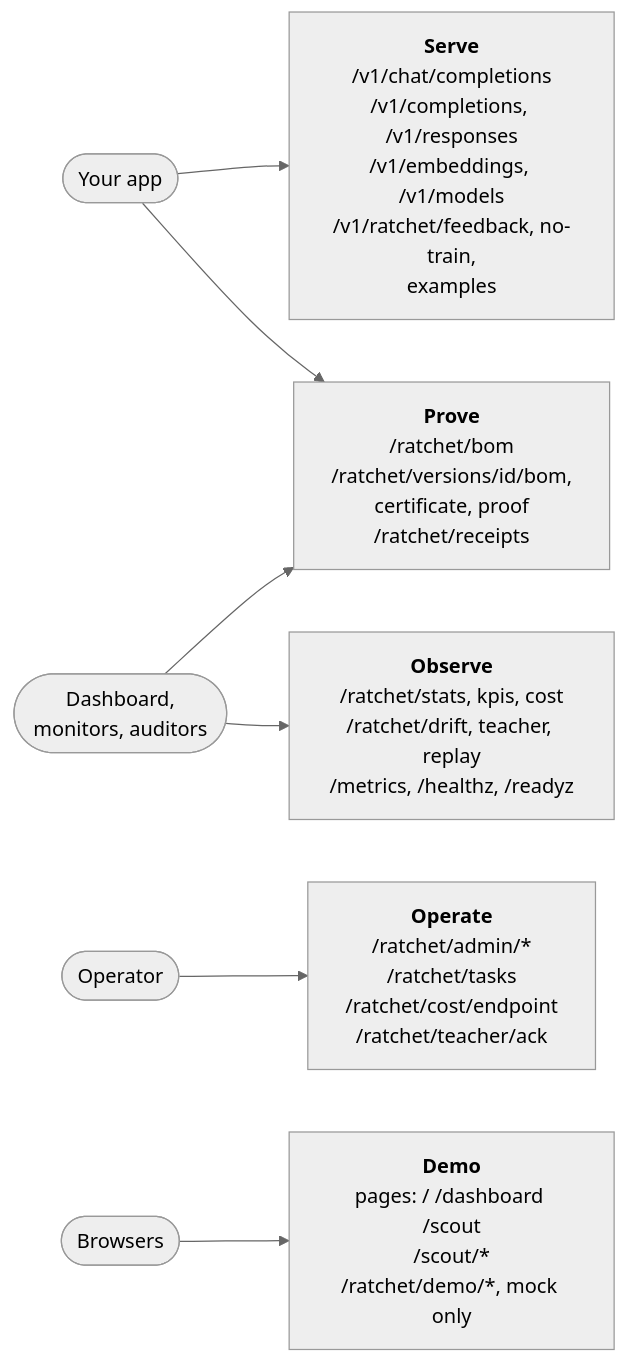
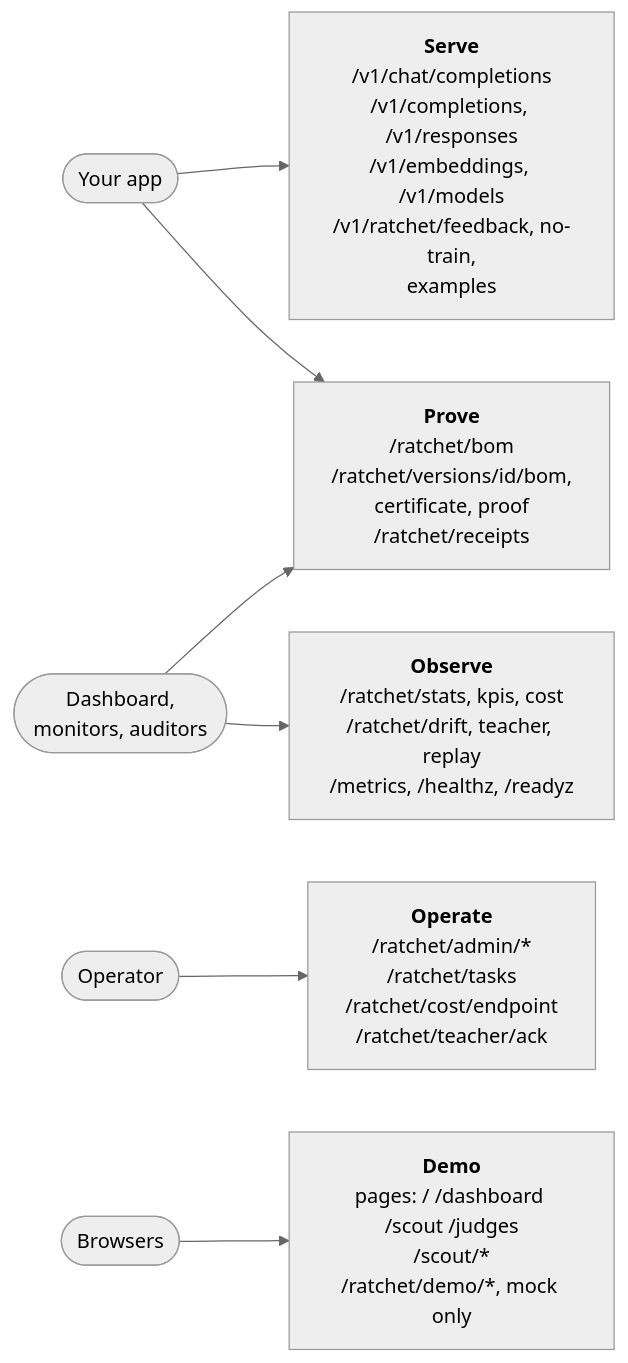
The first of 4 diagrams in docs-site/src/content/docs/api/endpoints.mdx (harshbhx/ratchet), drawn with Mermaid (neutral theme) before and after one commit. The commit also changed other lines of this file and 155 other files, not shown here.

First line of the commit message:
Fix the review findings and add the architecture diagram (#39)

````diff
--- a/docs-site/src/content/docs/api/endpoints.mdx
+++ b/docs-site/src/content/docs/api/endpoints.mdx
@@ -26,22 +26,22 @@
 ```mermaid
 flowchart LR
   app(["Your app"])
   watch(["Dashboard,<br/>monitors, auditors"])
   ops(["Operator"])
   web(["Browsers"])
   S["<b>Serve</b><br/>/v1/chat/completions<br/>/v1/completions, /v1/responses<br/>/v1/embeddings, /v1/models<br/>/v1/ratchet/feedback, no-train,<br/>examples"]
   P["<b>Prove</b><br/>/ratchet/bom<br/>/ratchet/versions/id/bom,<br/>certificate, proof<br/>/ratchet/receipts"]
   O["<b>Observe</b><br/>/ratchet/stats, kpis, cost<br/>/ratchet/drift, teacher, replay<br/>/metrics, /healthz, /readyz"]
   D["<b>Operate</b><br/>/ratchet/admin/*<br/>/ratchet/tasks<br/>/ratchet/cost/endpoint<br/>/ratchet/teacher/ack"]
-  E["<b>Demo</b><br/>pages: / /dashboard /scout<br/>/scout/*<br/>/ratchet/demo/*, mock only"]
+  E["<b>Demo</b><br/>pages: / /dashboard /scout /judges<br/>/scout/*<br/>/ratchet/demo/*, mock only"]
   app --> S
   app --> P
   watch --> O
   watch --> P
   ops --> D
   web --> E
 
   class S student
   class D gate
   class E outline
 ```
````
